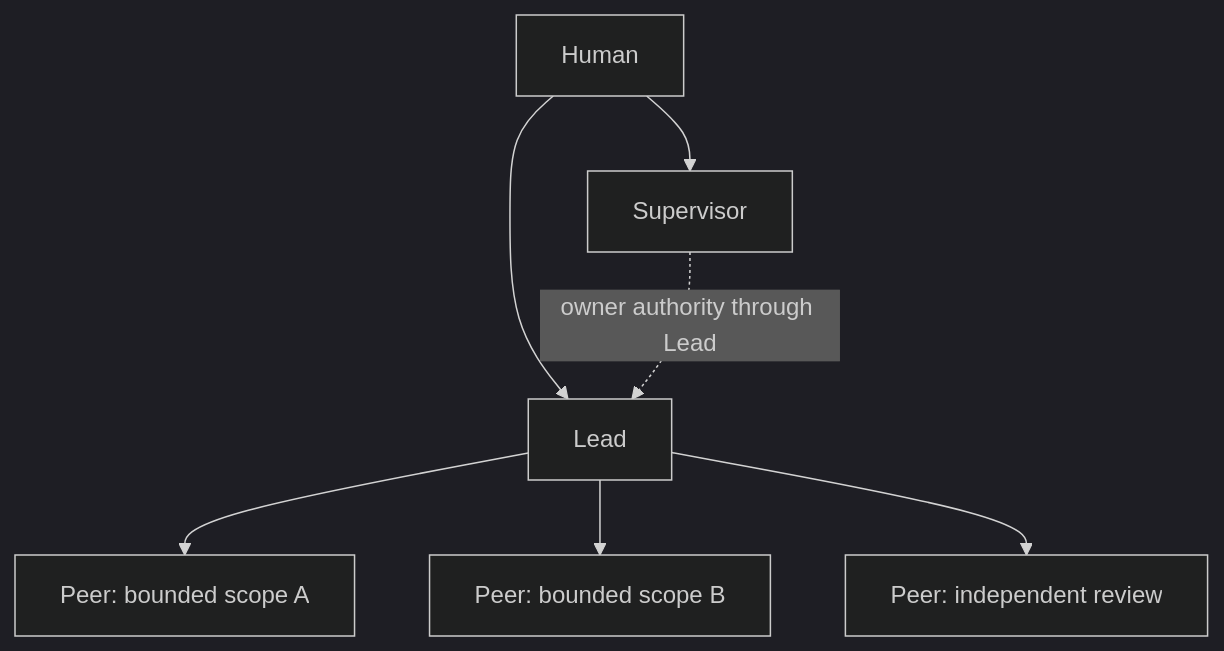
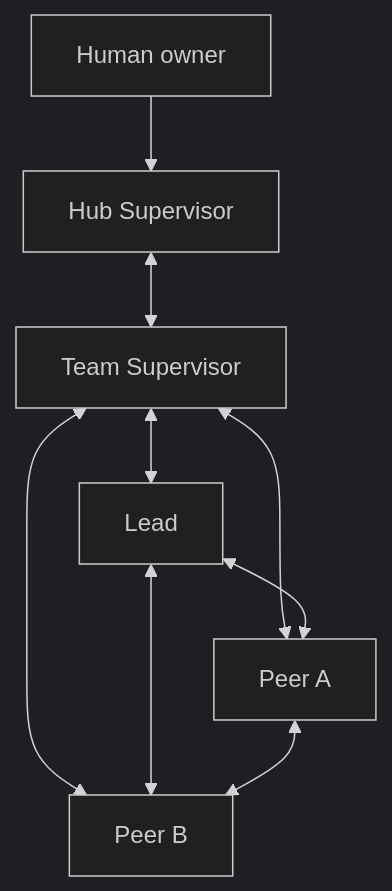
One commit to ReinaMacCredy/maestro changed the first of 2 diagrams in site/src/content/docs/concepts/roles.md. Above: the diagram before and after it, drawn with Mermaid (dark theme). The commit also changed other lines of this file and 18 other files, not shown here.

````diff
--- a/site/src/content/docs/concepts/roles.md
+++ b/site/src/content/docs/concepts/roles.md
@@ -142,9 +11,11 @@
 ```mermaid
 flowchart TB
-  Human --> Supervisor
-  Human --> Lead
-  Supervisor -. "owner authority through Lead" .-> Lead
-  Lead --> PeerA["Peer: bounded scope A"]
-  Lead --> PeerB["Peer: bounded scope B"]
-  Lead --> PeerC["Peer: independent review"]
+  Human["Human owner"] --> Hub["Hub Supervisor"]
+  Hub <--> Team["Team Supervisor"]
+  Team <--> Lead["Lead"]
+  Team <--> PeerA["Peer A"]
+  Team <--> PeerB["Peer B"]
+  Lead <--> PeerA
+  Lead <--> PeerB
+  PeerA <--> PeerB
 ```
````
